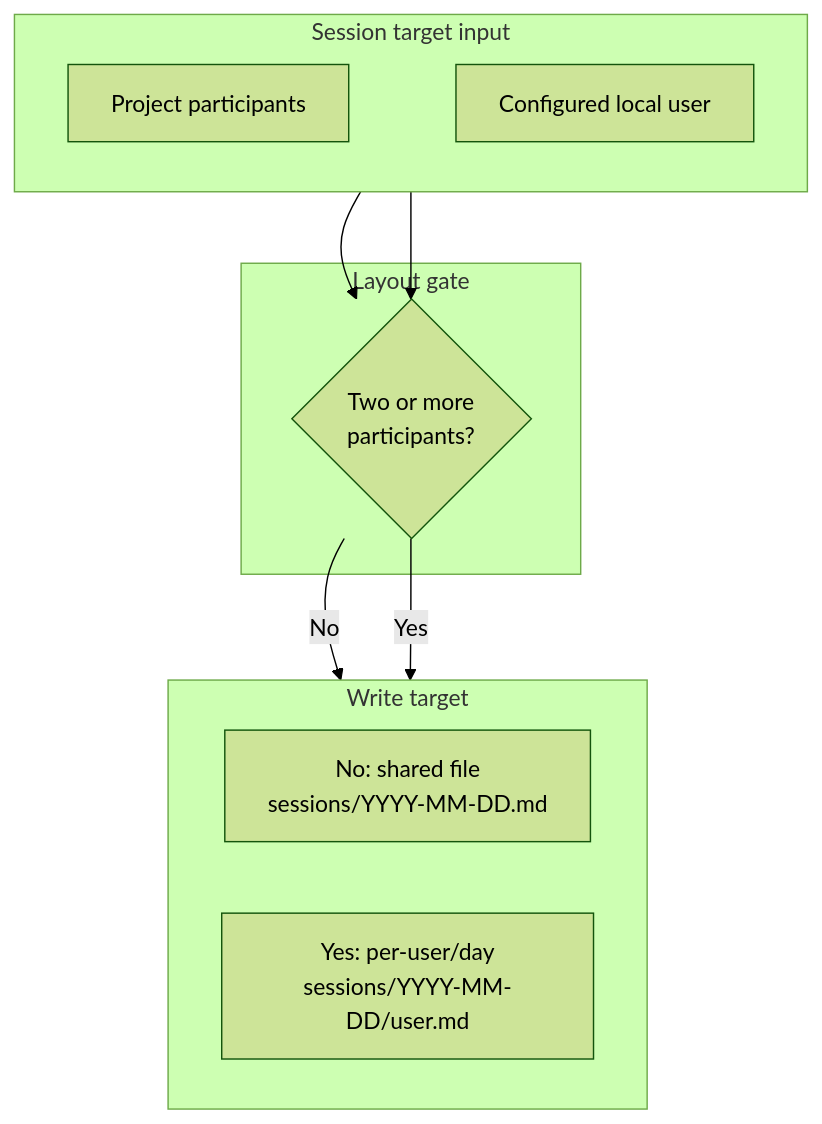
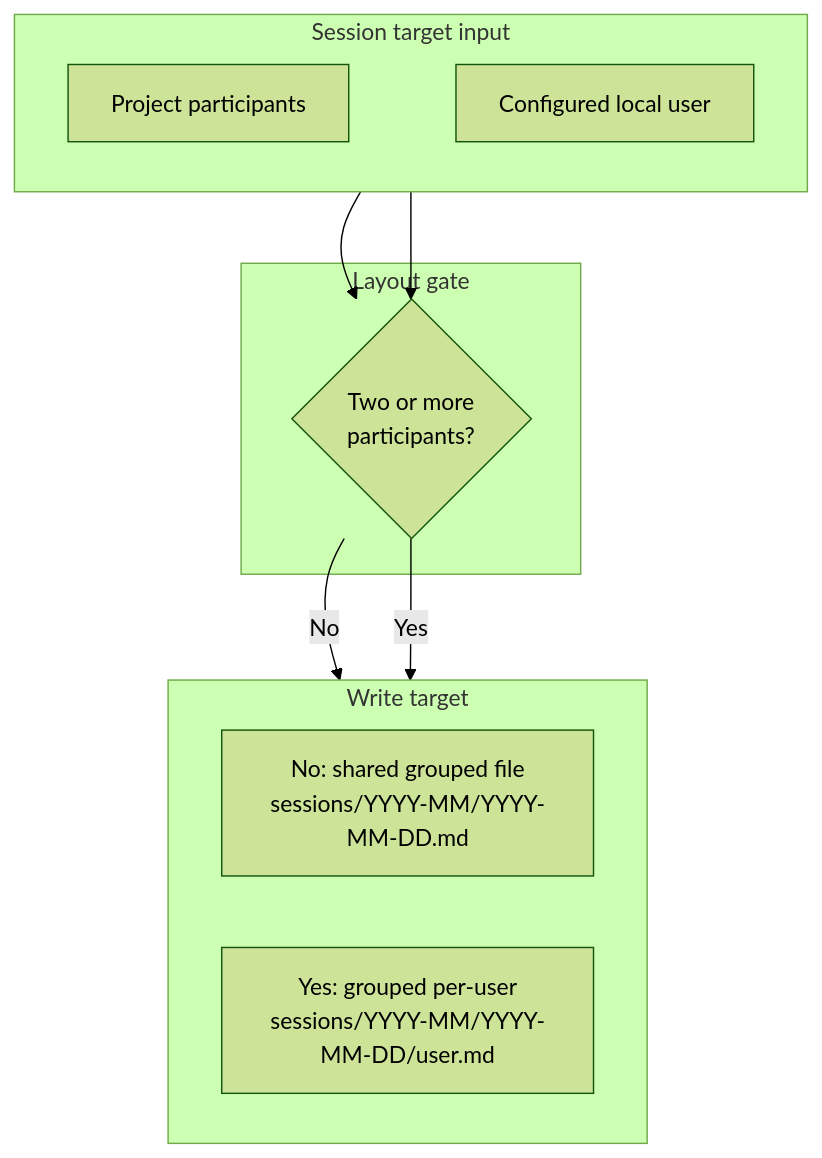
Before and after one commit to jnl-tshi/memory-seed: diagram 22 of 23 in docs/3_Spec/functionality-audit.md, drawn with Mermaid (forest theme). The commit also changed other lines of this file and 32 other files, not shown here.

````diff
--- a/docs/3_Spec/functionality-audit.md
+++ b/docs/3_Spec/functionality-audit.md
@@ -1028,24 +1029,24 @@
 ```mermaid
 graph TD
   subgraph InputTier["Session target input"]
     direction LR
     A["Project participants"] ~~~ B["Configured local user"]
   end
 
   subgraph GateTier["Layout gate"]
     G{"Two or more<br>participants?"}
   end
 
   subgraph OutputTier["Write target"]
     direction LR
-    FLAT["No: shared file<br>sessions/YYYY-MM-DD.md"]
-    SPLIT["Yes: per-user/day<br>sessions/YYYY-MM-DD/user.md"]
+    FLAT["No: shared grouped file<br>sessions/YYYY-MM/YYYY-MM-DD.md"]
+    SPLIT["Yes: grouped per-user<br>sessions/YYYY-MM/YYYY-MM-DD/user.md"]
   end
 
   InputTier ~~~ GateTier
   GateTier ~~~ OutputTier
   A --> G
   B --> G
   G -- No --> FLAT
   G -- Yes --> SPLIT
 ```
````
